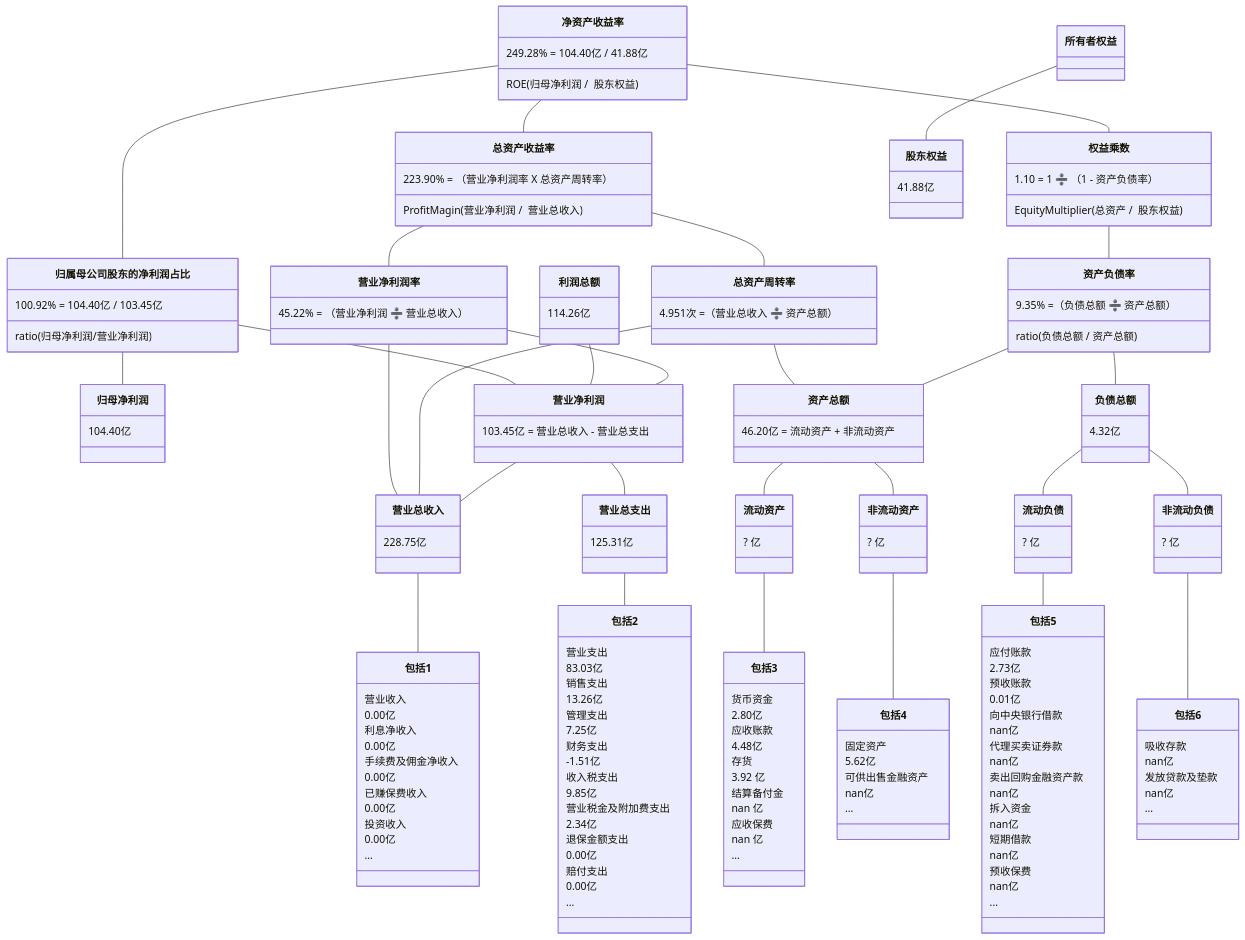
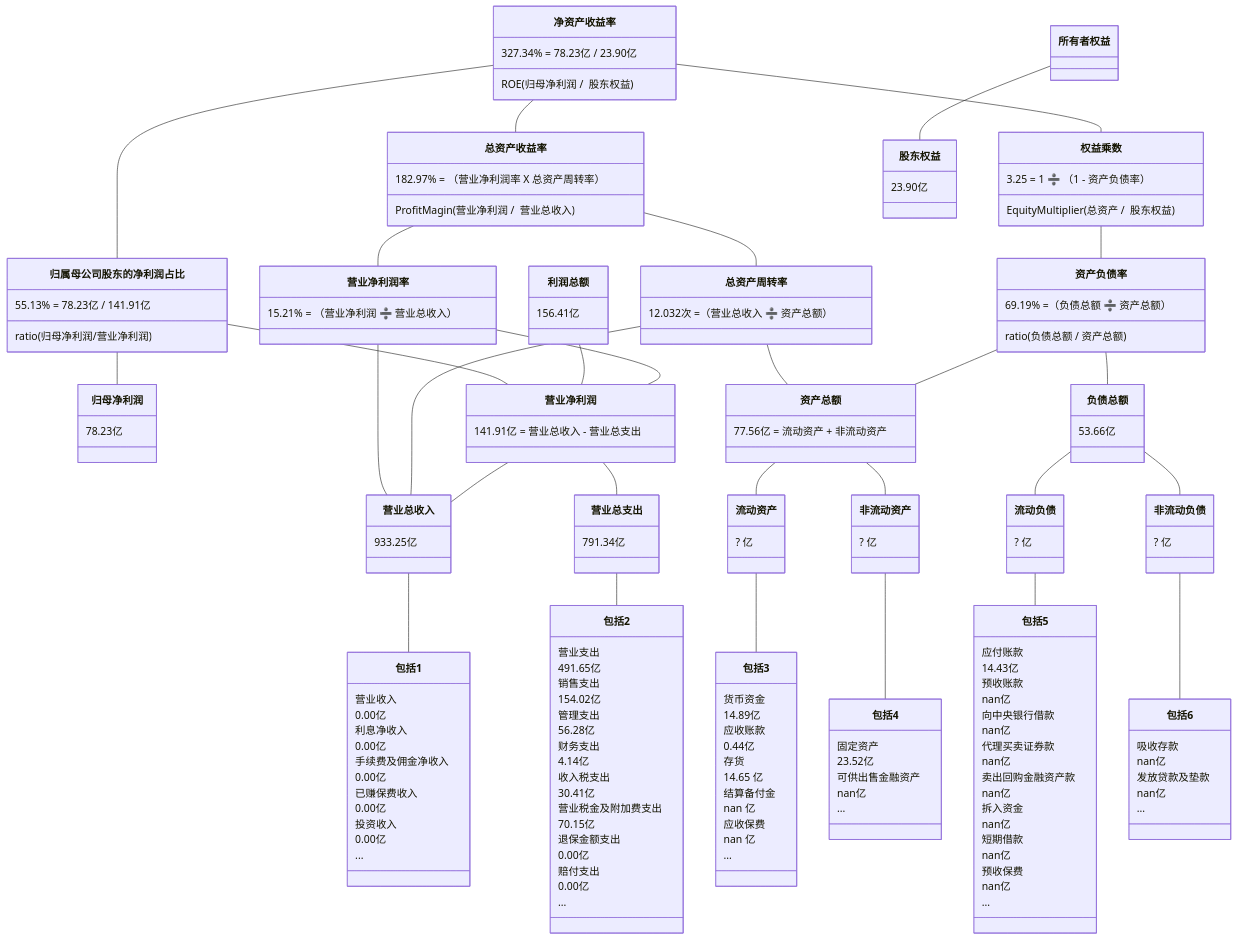
The ninth of 10 diagrams in 2/2.md (TheVeryDarkness/cs410), drawn with Mermaid before and after one commit. The commit also changed other lines of this file and 53 other files, not shown here.

````diff
--- a/2/2.md
+++ b/2/2.md
@@ -1297,45 +1405,45 @@
 ```mermaid
 classDiagram
 净资产收益率 -- 总资产收益率
-    净资产收益率 : 249.28% = 104.40亿 / 41.88亿
+    净资产收益率 : 327.34% = 78.23亿 / 23.90亿
     净资产收益率 : ROE(归母净利润 /  股东权益)
-    总资产收益率 : 223.90% = （营业净利润率 X 总资产周转率）
+    总资产收益率 : 182.97% = （营业净利润率 X 总资产周转率）
     总资产收益率 : ProfitMagin(营业净利润 /  营业总收入)
 净资产收益率 -- 归属母公司股东的净利润占比
-	  归属母公司股东的净利润占比 : 100.92% = 104.40亿 / 103.45亿
+	  归属母公司股东的净利润占比 : 55.13% = 78.23亿 / 141.91亿
 	  归属母公司股东的净利润占比 : ratio(归母净利润/营业净利润)
 归属母公司股东的净利润占比 -- 归母净利润
-    归母净利润 : 104.40亿
+    归母净利润 : 78.23亿
 归属母公司股东的净利润占比 -- 营业净利润
-利润总额 : 114.26亿
+利润总额 : 156.41亿
 利润总额 -- 营业净利润
 净资产收益率 -- 权益乘数
-    权益乘数 : 1.10 = 1 ➗ （1 - 资产负债率）
+    权益乘数 : 3.25 = 1 ➗ （1 - 资产负债率）
     权益乘数 : EquityMultiplier(总资产 /  股东权益)
 
 总资产收益率 -- 营业净利润率
-    营业净利润率 : 45.22% = （营业净利润 ➗ 营业总收入）
+    营业净利润率 : 15.21% = （营业净利润 ➗ 营业总收入）
 总资产收益率 -- 总资产周转率
-    总资产周转率 : 4.951次 =（营业总收入 ➗ 资产总额）
+    总资产周转率 : 12.032次 =（营业总收入 ➗ 资产总额）
 权益乘数 -- 资产负债率
-    资产负债率  : 9.35% =（负债总额 ➗ 资产总额）
+    资产负债率  : 69.19% =（负债总额 ➗ 资产总额）
     资产负债率  : ratio(负债总额 / 资产总额)
 
 营业净利润率 -- 营业净利润
-    营业净利润 : 103.45亿 = 营业总收入 - 营业总支出
+    营业净利润 : 141.91亿 = 营业总收入 - 营业总支出
 营业净利润率 -- 营业总收入
 总资产周转率 -- 营业总收入
 总资产周转率 -- 资产总额
-    资产总额 : 46.20亿 = 流动资产 + 非流动资产
+    资产总额 : 77.56亿 = 流动资产 + 非流动资产
 资产负债率 -- 负债总额
-    负债总额 : 4.32亿
+    负债总额 : 53.66亿
 资产负债率 -- 资产总额
 
 
 营业净利润 -- 营业总收入
-    营业总收入 : 228.75亿
+    营业总收入 : 933.25亿
 营业净利润 -- 营业总支出
-    营业总支出 : 125.31亿
+    营业总支出 : 791.34亿
 资产总额 -- 流动资产
 	  流动资产 : ? 亿
 资产总额 -- 非流动资产
@@ -1359,17 +1467,17 @@
     包括1 : ...
 营业总支出 -- 包括2
     包括2 : 营业支出
-    包括2 : 83.03亿
+    包括2 : 491.65亿
     包括2 : 销售支出
-    包括2 : 13.26亿
+    包括2 : 154.02亿
     包括2 : 管理支出
-    包括2 : 7.25亿
+    包括2 : 56.28亿
     包括2 : 财务支出
-    包括2 : -1.51亿
+    包括2 : 4.14亿
     包括2 : 收入税支出
-    包括2 : 9.85亿
+    包括2 : 30.41亿
     包括2 : 营业税金及附加费支出
-    包括2 : 2.34亿
+    包括2 : 70.15亿
     包括2 : 退保金额支出
     包括2 : 0.00亿
     包括2 : 赔付支出
@@ -1377,11 +1485,11 @@
     包括2 : ...
 流动资产 -- 包括3
     包括3 : 货币资金
-    包括3 : 2.80亿
+    包括3 : 14.89亿
     包括3 : 应收账款
-    包括3 : 4.48亿
+    包括3 : 0.44亿
     包括3 : 存货
-    包括3 : 3.92 亿
+    包括3 : 14.65 亿
     包括3 : 结算备付金
     包括3 : nan 亿
     包括3 : 应收保费
@@ -1389,15 +1497,15 @@
     包括3 : ...
 非流动资产 -- 包括4
     包括4 : 固定资产
-    包括4 : 5.62亿
+    包括4 : 23.52亿
     包括4 : 可供出售金融资产
     包括4 : nan亿
     包括4 : ...
 流动负债 -- 包括5
     包括5 : 应付账款
-    包括5 : 2.73亿
+    包括5 : 14.43亿
     包括5 : 预收账款
-    包括5 : 0.01亿
+    包括5 : nan亿
     包括5 : 向中央银行借款
     包括5 : nan亿
     包括5 : 代理买卖证券款
@@ -1418,5 +1526,5 @@
     包括6 : nan亿
     包括6 : ...
 所有者权益 -- 股东权益
-    股东权益 : 41.88亿
+    股东权益 : 23.90亿
 ```
````
